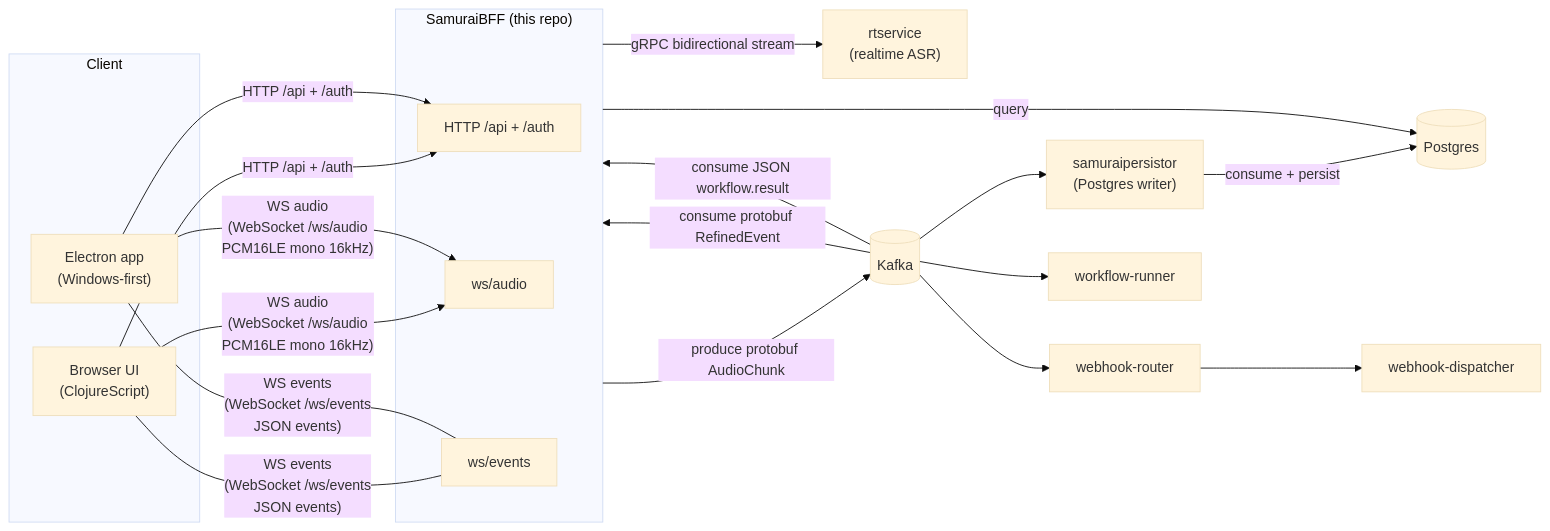
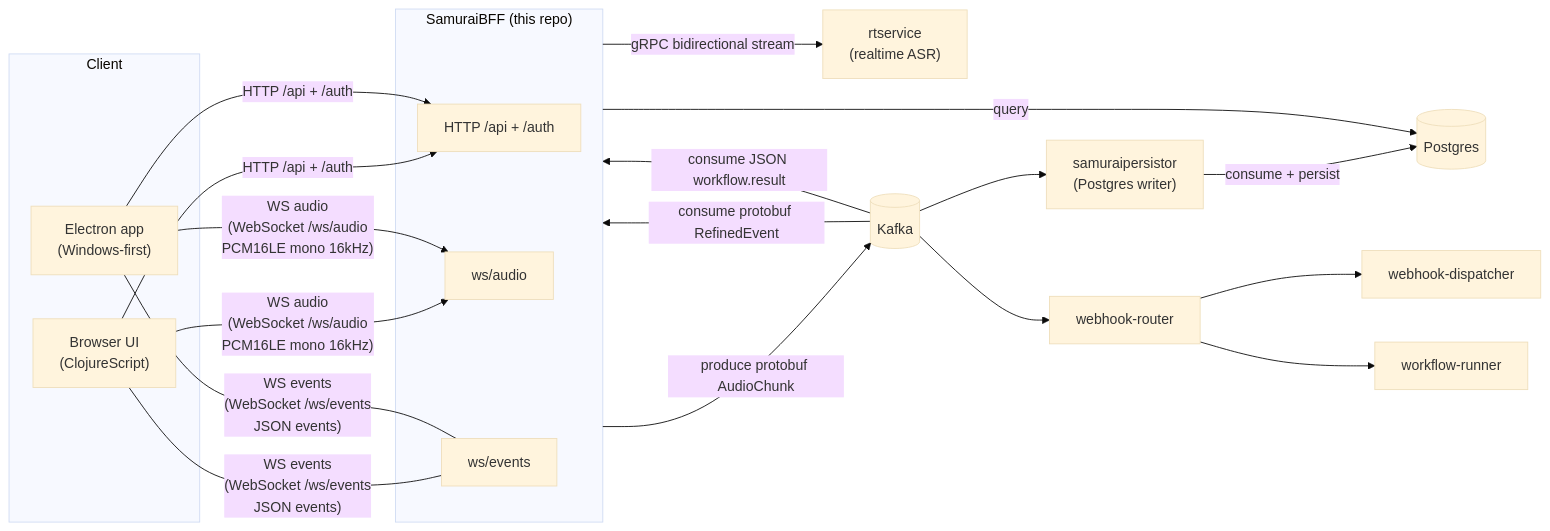
One commit to nanosamurai/samuraibff changed the diagram in README.MD. Above: the diagram before and after it, drawn with Mermaid (base theme).

Commit message:
fix WorkflowRunner in mmd diagram

````diff
--- a/README.MD
+++ b/README.MD
@@ -14,35 +14,35 @@
 ```mermaid
 flowchart LR
   subgraph Client
     Browser["Browser UI\n(ClojureScript)"]
     Electron["Electron app\n(Windows-first)"]
   end
 
   subgraph SamuraiBFF["SamuraiBFF (this repo)"]
     HTTP[HTTP /api + /auth]
     WSAudio[ws/audio]
     WSEvents[ws/events]
   end
 
   Browser -->|HTTP /api + /auth| HTTP
   Browser -->|"WS audio\n(WebSocket /ws/audio\nPCM16LE mono 16kHz)"| WSAudio
   Browser ---|"WS events\n(WebSocket /ws/events\nJSON events)"| WSEvents
   
   Electron -->|HTTP /api + /auth| HTTP
   Electron -->|"WS audio\n(WebSocket /ws/audio\nPCM16LE mono 16kHz)"| WSAudio
   Electron ---|"WS events\n(WebSocket /ws/events\nJSON events)"| WSEvents
 
   SamuraiBFF -->|gRPC bidirectional stream| RTService["rtservice\n(realtime ASR)"]
 
   SamuraiBFF -->|produce protobuf AudioChunk| Kafka[(Kafka)]
   Kafka -->|consume protobuf RefinedEvent| SamuraiBFF
   Kafka -->|consume JSON workflow.result| SamuraiBFF
 
   Kafka --> Persistor["samuraipersistor\n(Postgres writer)"]
   Persistor --> |consume + persist| Postgres[(Postgres)]
   SamuraiBFF -->|query| Postgres
 
   Kafka --> WebhookRouter[webhook-router]
   WebhookRouter --> WebhookDispatcher[webhook-dispatcher]
-  Kafka --> WorkflowRunner[workflow-runner]
+  WebhookRouter --> WorkflowRunner[workflow-runner]
 ```
````
